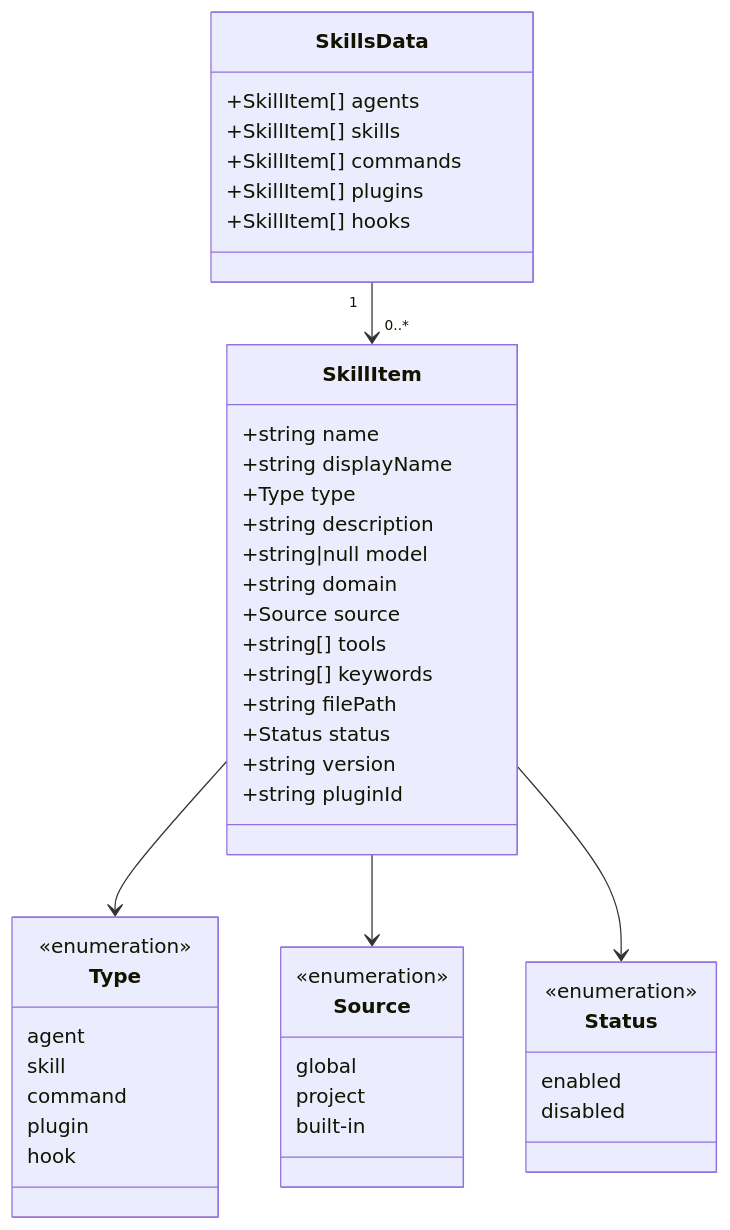
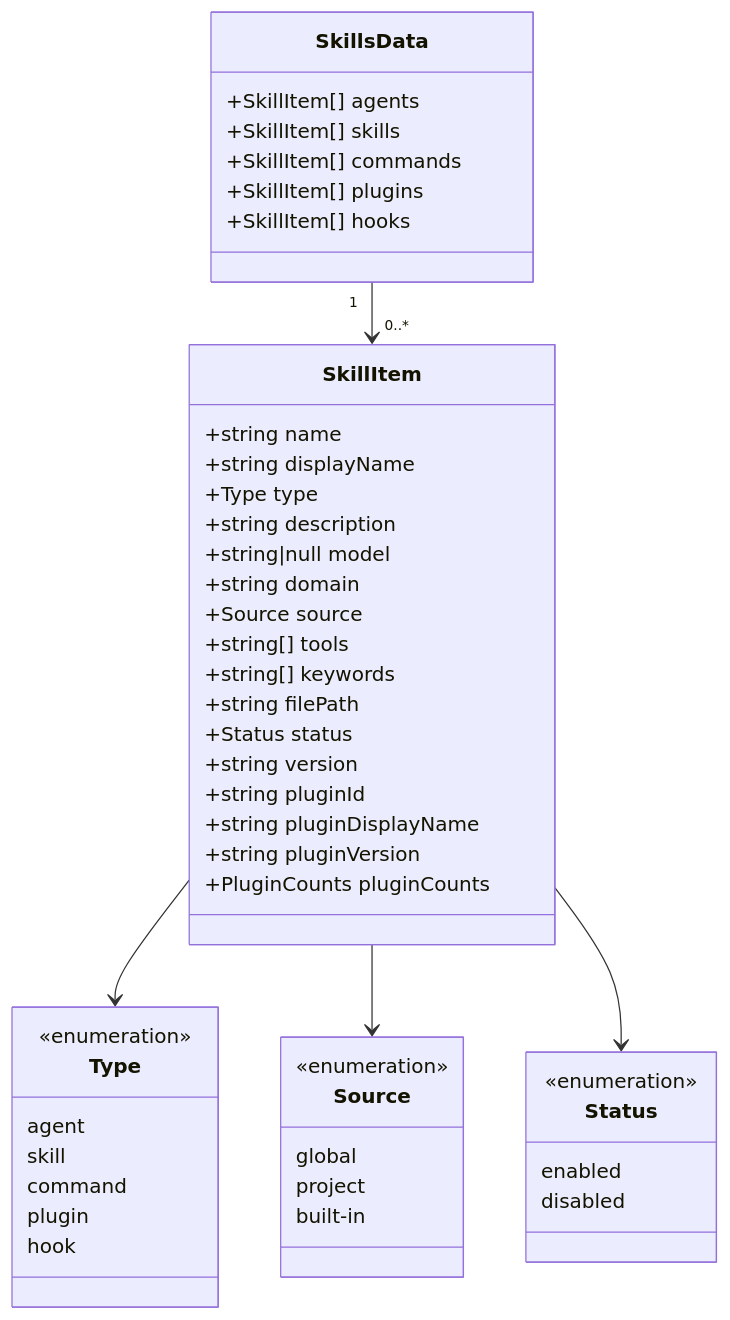
One commit to blockvoltcr7/claude-config-visualizer changed the second of 5 diagrams in docs/arch/03-data-flow.md. Above: the diagram before and after it, drawn with Mermaid. The commit also changed other lines of this file and 30 other files, not shown here.

````diff
--- a/docs/arch/03-data-flow.md
+++ b/docs/arch/03-data-flow.md
@@ -76,53 +80,56 @@
 ```mermaid
 classDiagram
     class SkillItem {
         +string name
         +string displayName
         +Type type
         +string description
         +string|null model
         +string domain
         +Source source
         +string[] tools
         +string[] keywords
         +string filePath
         +Status status
         +string version
         +string pluginId
+        +string pluginDisplayName
+        +string pluginVersion
+        +PluginCounts pluginCounts
     }
 
     class Type {
         <<enumeration>>
         agent
         skill
         command
         plugin
         hook
     }
 
     class Source {
         <<enumeration>>
         global
         project
         built-in
     }
 
     class Status {
         <<enumeration>>
         enabled
         disabled
     }
 
     class SkillsData {
         +SkillItem[] agents
         +SkillItem[] skills
         +SkillItem[] commands
         +SkillItem[] plugins
         +SkillItem[] hooks
     }
 
     SkillItem --> Type
     SkillItem --> Source
     SkillItem --> Status
     SkillsData "1" --> "0..*" SkillItem
 ```
````
